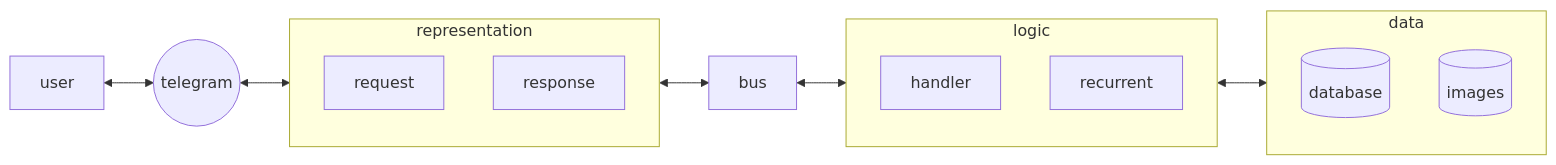
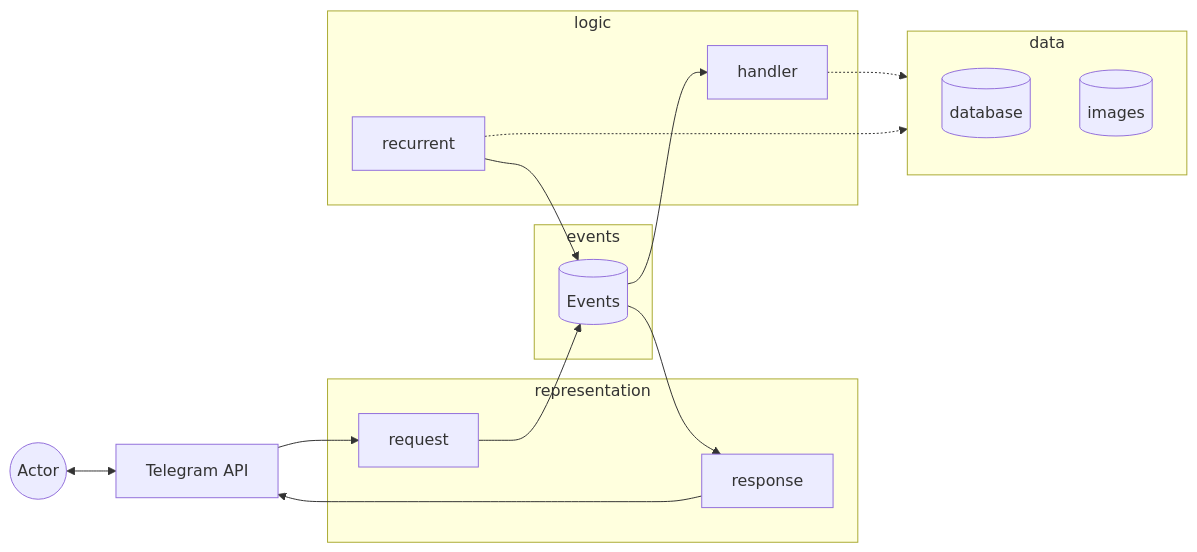
One commit to agrrh/tg-snake-club-step-counter changed the diagram in README.md. Above: the diagram before and after it, drawn with Mermaid. The commit also changed other lines of this file, not shown here.

First line of the commit message:
docs: move roadmap to trello (#20)

````diff
--- a/README.md
+++ b/README.md
@@ -46,24 +16,35 @@
 ```mermaid
 flowchart LR
-  user
-  telegram((telegram))
-
-  bus
+  user((Actor))
+  telegram[Telegram API]
 
   subgraph representation
     request
     response
+  end
+
+  subgraph events
+    bus[(Events)]
   end
 
   subgraph logic
     handler
     recurrent
   end
 
   subgraph data
     database[(database)]
     images[(images)]
   end
 
-  user <--> telegram <--> representation <--> bus <--> logic <--> data
+  user <--> telegram
+
+  telegram --> request
+  response --> telegram
+
+  request --> bus --> handler
+  recurrent --> bus --> response
+
+  handler -.-> data
+  recurrent -.-> data
 ```
````
